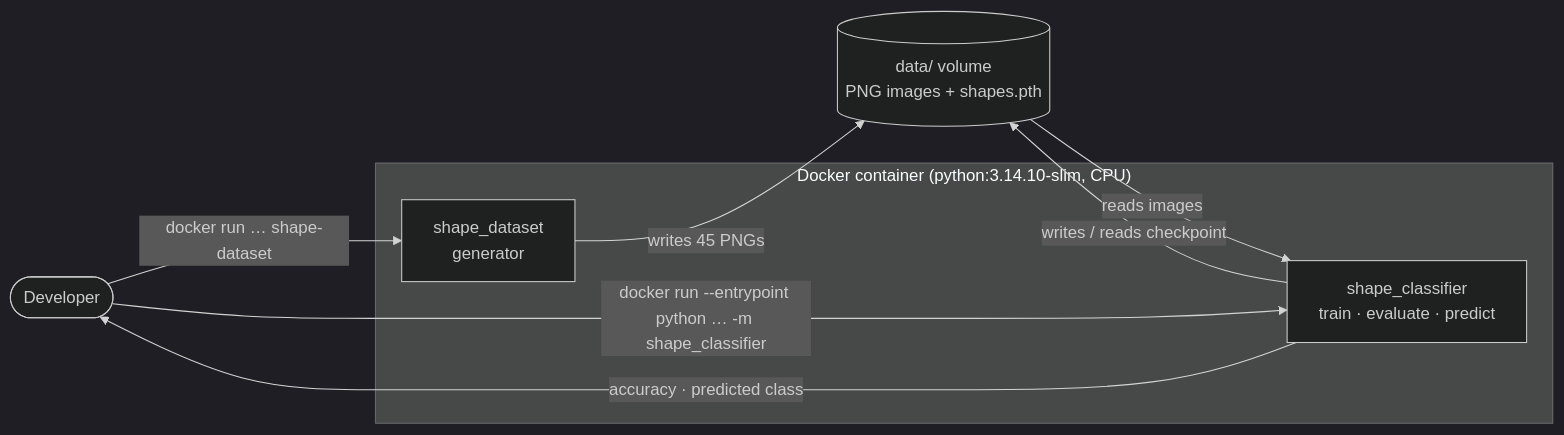
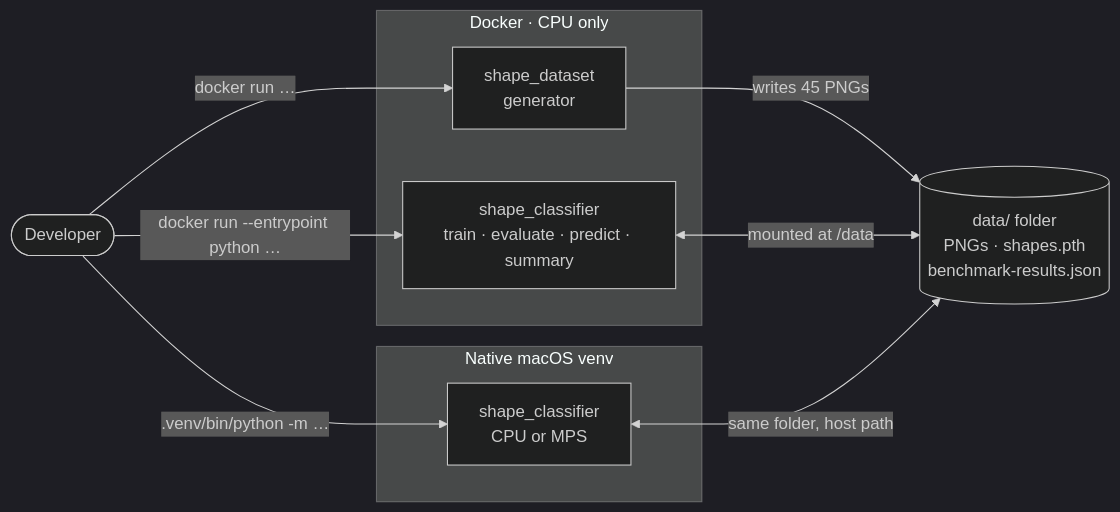
The first of 14 diagrams in CNN/image_classification/docs/hld/hld.md (nal/ML), drawn with Mermaid (dark theme) before and after one commit. The commit also changed other lines of this file and 1 other file, not shown here.

First line of the commit message:
docs(hld): refresh design and slides for device benchmark

````diff
--- a/CNN/image_classification/docs/hld/hld.md
+++ b/CNN/image_classification/docs/hld/hld.md
@@ -39,16 +42,19 @@
 ```mermaid
 flowchart LR
   user([Developer])
-  subgraph docker["Docker container (python:3.14.10-slim, CPU)"]
+  subgraph docker["Docker · CPU only"]
     gen["shape_dataset<br/>generator"]
-    clf["shape_classifier<br/>train · evaluate · predict"]
+    clf["shape_classifier<br/>train · evaluate · predict · summary"]
   end
-  data[("data/ volume<br/>PNG images + shapes.pth")]
+  subgraph native["Native macOS venv"]
+    nclf["shape_classifier<br/>CPU or MPS"]
+  end
+  data[("data/ folder<br/>PNGs · shapes.pth<br/>benchmark-results.json")]
 
-  user -- "docker run … shape-dataset" --> gen
-  user -- "docker run --entrypoint python … -m shape_classifier" --> clf
+  user -- "docker run …" --> gen
+  user -- "docker run --entrypoint python …" --> clf
+  user -- ".venv/bin/python -m …" --> nclf
   gen -- "writes 45 PNGs" --> data
-  data -- "reads images" --> clf
-  clf -- "writes / reads checkpoint" --> data
-  clf -- "accuracy · predicted class" --> user
+  clf <-- "mounted at /data" --> data
+  nclf <-- "same folder, host path" --> data
 ```
````
